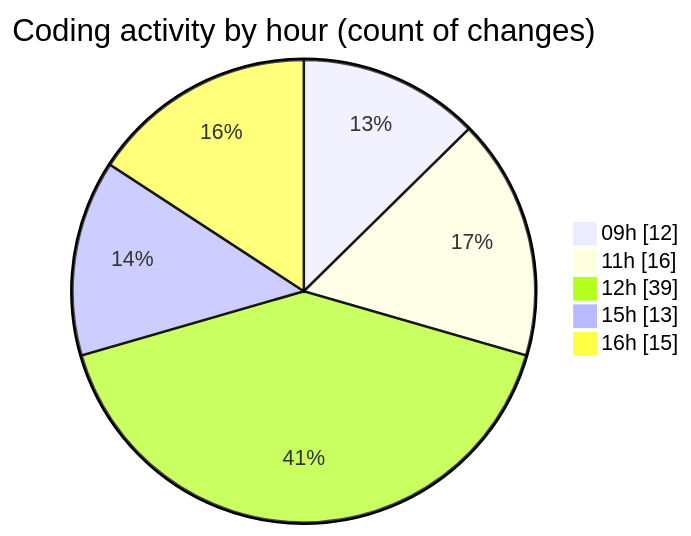
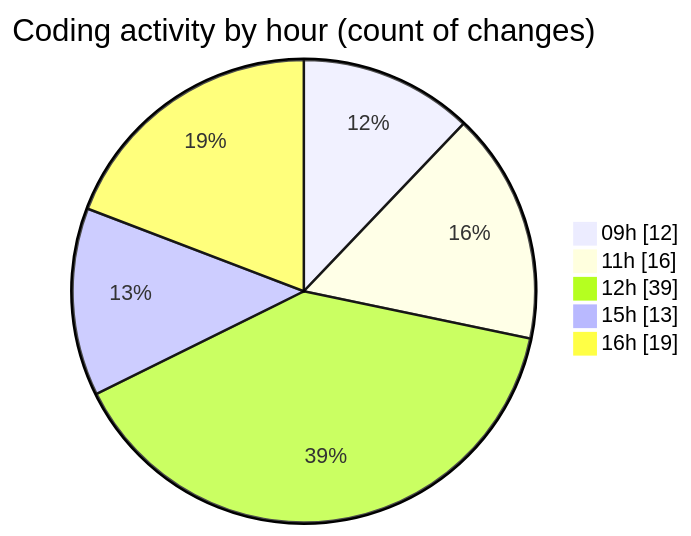
Before and after one commit to robertbonfada/code-tracking: the second of 2 diagrams in 2025-02-20/mbc-web/README.md, drawn with Mermaid. The commit also changed other lines of this file and 1 other file, not shown here.

````diff
--- a/2025-02-20/mbc-web/README.md
+++ b/2025-02-20/mbc-web/README.md
@@ -59,9 +59,9 @@
 ```mermaid
 pie showData
 title Coding activity by hour (count of changes)
 "09h" : 12
 "11h" : 16
 "12h" : 39
 "15h" : 13
-"16h" : 15
+"16h" : 19
 ```
````
